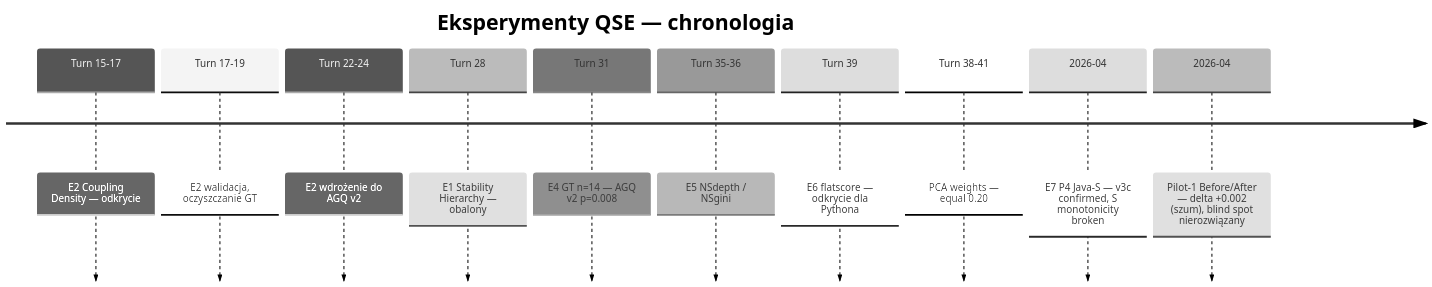
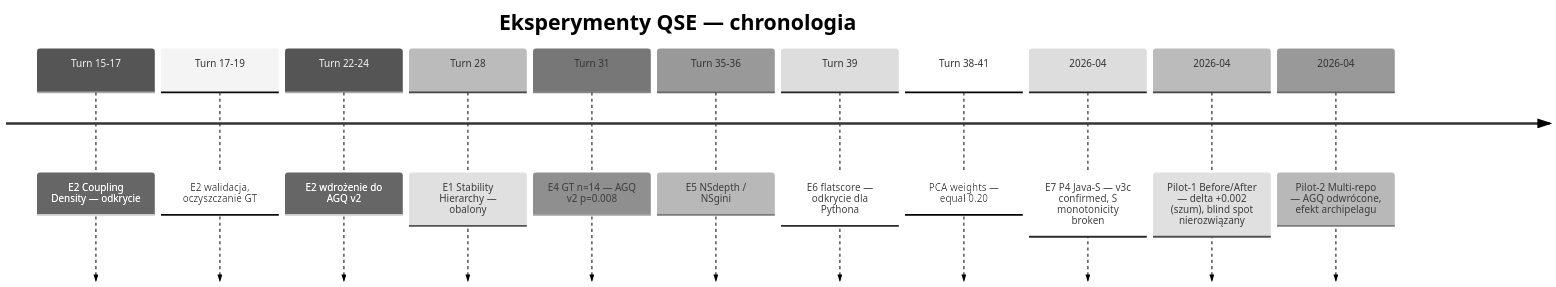
One commit to PiotrGry/qse-pkg changed the first of 2 diagrams in docs/qse-wiki/05 Experiments/Experiments Index.md. Above: the diagram before and after it, drawn with Mermaid (neutral theme). The commit also changed other lines of this file and 4 other files, not shown here.

First line of the commit message:
wiki: multi-repo pilot results — CRITICAL: AGQ inverted outside GT

````diff
--- a/docs/qse-wiki/05 Experiments/Experiments Index.md
+++ b/docs/qse-wiki/05 Experiments/Experiments Index.md
@@ -32,14 +33,15 @@
 ```mermaid
 timeline
     title Eksperymenty QSE — chronologia
     Turn 15-17 : E2 Coupling Density — odkrycie
     Turn 17-19 : E2 walidacja, oczyszczanie GT
     Turn 22-24 : E2 wdrożenie do AGQ v2
     Turn 28 : E1 Stability Hierarchy — obalony
     Turn 31 : E4 GT n=14 — AGQ v2 p=0.008
     Turn 35-36 : E5 NSdepth / NSgini
     Turn 39 : E6 flatscore — odkrycie dla Pythona
     Turn 38-41 : PCA weights — equal 0.20
     2026-04 : E7 P4 Java-S — v3c confirmed, S monotonicity broken
     2026-04 : Pilot-1 Before/After — delta +0.002 (szum), blind spot nierozwiązany
+    2026-04 : Pilot-2 Multi-repo — AGQ odwrócone, efekt archipelagu
 ```
````
